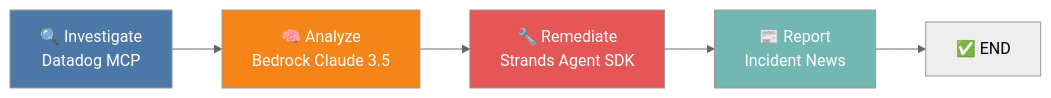
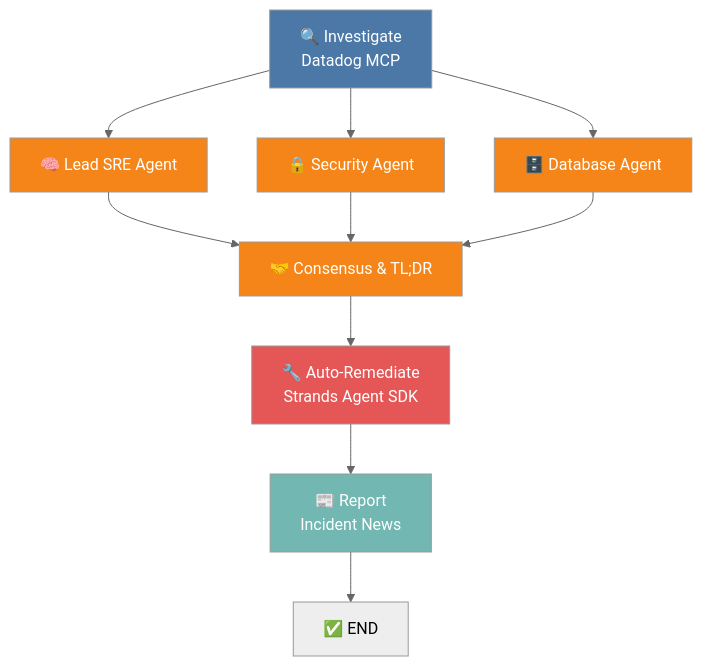
Before and after one commit to arpitmittal98/Multiagent_SRE: the diagram in README.md, drawn with Mermaid (neutral theme). The commit also changed other lines of this file, not shown here.

Commit message:
Update architecture diagram to reflect multi-agent debate and remediation enhancements

````diff
--- a/README.md
+++ b/README.md
@@ -16,12 +16,20 @@
 ```mermaid
-graph LR
-    A[🔍 Investigate<br/>Datadog MCP] --> B[🧠 Analyze<br/>Bedrock Claude 3.5]
-    B --> C[🔧 Remediate<br/>Strands Agent SDK]
-    C --> D[📰 Report<br/>Incident News]
-    D --> E[✅ END]
+graph TD
+    A[🔍 Investigate<br/>Datadog MCP] --> B1[🧠 Lead SRE Agent]
+    A --> B2[🔒 Security Agent]
+    A --> B3[🗄️ Database Agent]
+    B1 --> C[🤝 Consensus & TL;DR]
+    B2 --> C
+    B3 --> C
+    C --> D[🔧 Auto-Remediate<br/>Strands Agent SDK]
+    D --> E[📰 Report<br/>Incident News]
+    E --> F[✅ END]
 
     style A fill:#4C78A8,color:white
-    style B fill:#F58518,color:white
-    style C fill:#E45756,color:white
-    style D fill:#72B7B2,color:white
+    style B1 fill:#F58518,color:white
+    style B2 fill:#F58518,color:white
+    style B3 fill:#F58518,color:white
+    style C fill:#F58518,color:white
+    style D fill:#E45756,color:white
+    style E fill:#72B7B2,color:white
 ```
````
